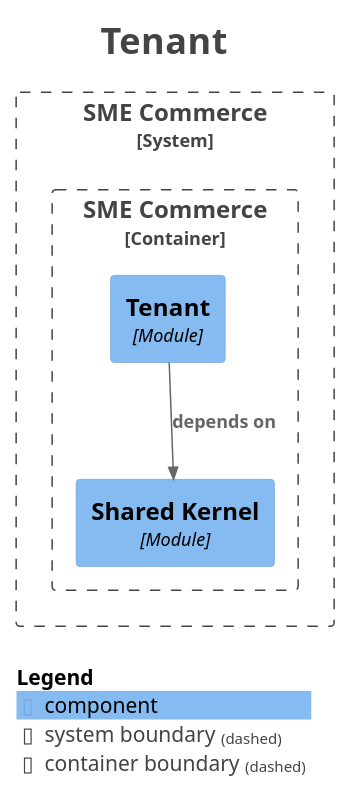
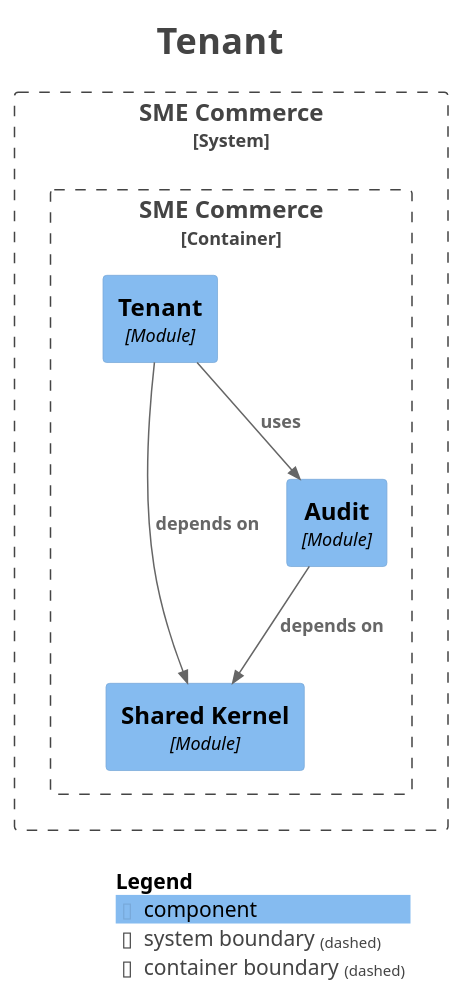
The diagram in docs/modules/module-tenant.puml (hezronokwach/sme-commerce-platform), drawn with PlantUML before and after one commit. The commit also changed 19 other files, not shown here.

```diff
--- a/docs/modules/module-tenant.puml
+++ b/docs/modules/module-tenant.puml
@@ -1,30 +1,33 @@
 @startuml
 title <size:24>Tenant</size>
 
 set separator none
 top to bottom direction
 
 <style>
   root {
     BackgroundColor: #ffffff
     FontColor: #444444
   }
 </style>
 
 !include <C4/C4>
 !include <C4/C4_Context>
 !include <C4/C4_Component>
 
 System_Boundary("SMECommerce_boundary", "SME Commerce", $tags="") {
   Container_Boundary("SMECommerce.SMECommerce_boundary", "SME Commerce", $tags="") {
     Component(SMECommerce.SMECommerce.SharedKernel, "Shared Kernel", $techn="Module", $descr="", $tags="", $link="")
+    Component(SMECommerce.SMECommerce.Audit, "Audit", $techn="Module", $descr="", $tags="", $link="")
     Component(SMECommerce.SMECommerce.Tenant, "Tenant", $techn="Module", $descr="", $tags="", $link="")
   }
 
 }
 
+Rel(SMECommerce.SMECommerce.Audit, SMECommerce.SMECommerce.SharedKernel, "depends on", $techn="", $tags="", $link="")
 Rel(SMECommerce.SMECommerce.Tenant, SMECommerce.SMECommerce.SharedKernel, "depends on", $techn="", $tags="", $link="")
+Rel(SMECommerce.SMECommerce.Tenant, SMECommerce.SMECommerce.Audit, "uses", $techn="", $tags="", $link="")
 
 SHOW_LEGEND(true)
 hide stereotypes
 @enduml
```
